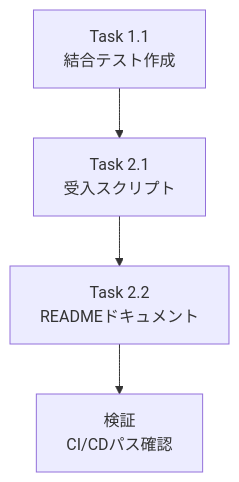
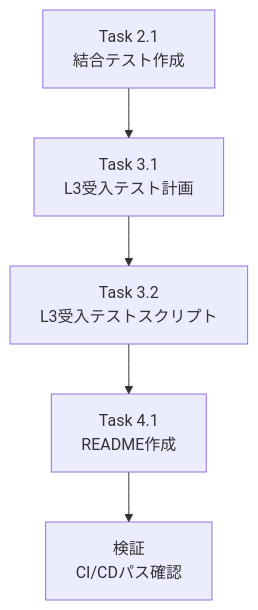
One commit to Kewton/MySwiftAgent changed the diagram in dev-reports/feature/issue/254/work-plan.md. Above: the diagram before and after it, drawn with Mermaid. The commit also changed other lines of this file, not shown here.

````diff
--- a/dev-reports/feature/issue/254/work-plan.md
+++ b/dev-reports/feature/issue/254/work-plan.md
@@ -104,6 +55,7 @@
 ```mermaid
 graph TD
-    T11[Task 1.1<br/>結合テスト作成] --> T21[Task 2.1<br/>受入スクリプト]
-    T21 --> T22[Task 2.2<br/>READMEドキュメント]
-    T22 --> V[検証<br/>CI/CDパス確認]
+    T21[Task 2.1<br/>結合テスト作成] --> T31[Task 3.1<br/>L3受入テスト計画]
+    T31 --> T32[Task 3.2<br/>L3受入テストスクリプト]
+    T32 --> T41[Task 4.1<br/>README作成]
+    T41 --> V[検証<br/>CI/CDパス確認]
 ```
````
